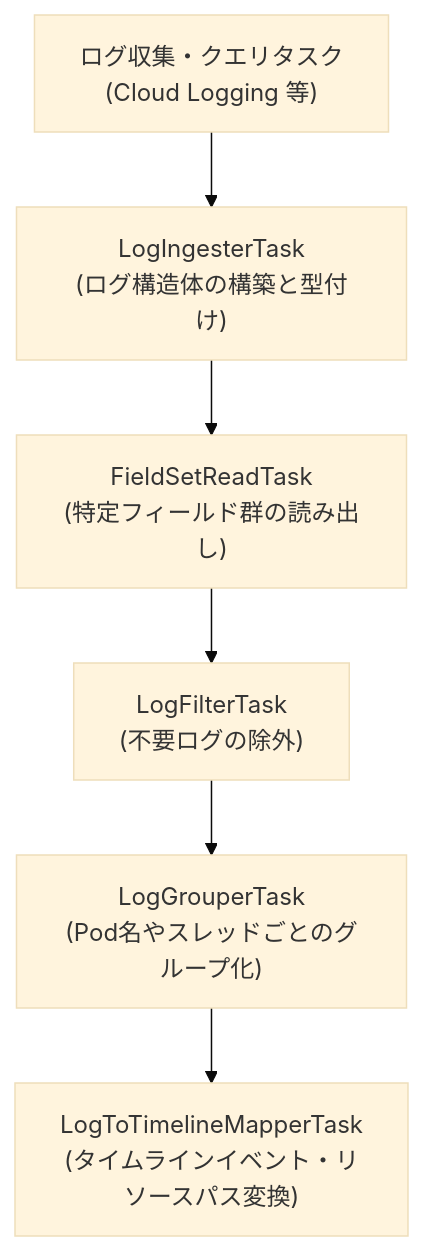
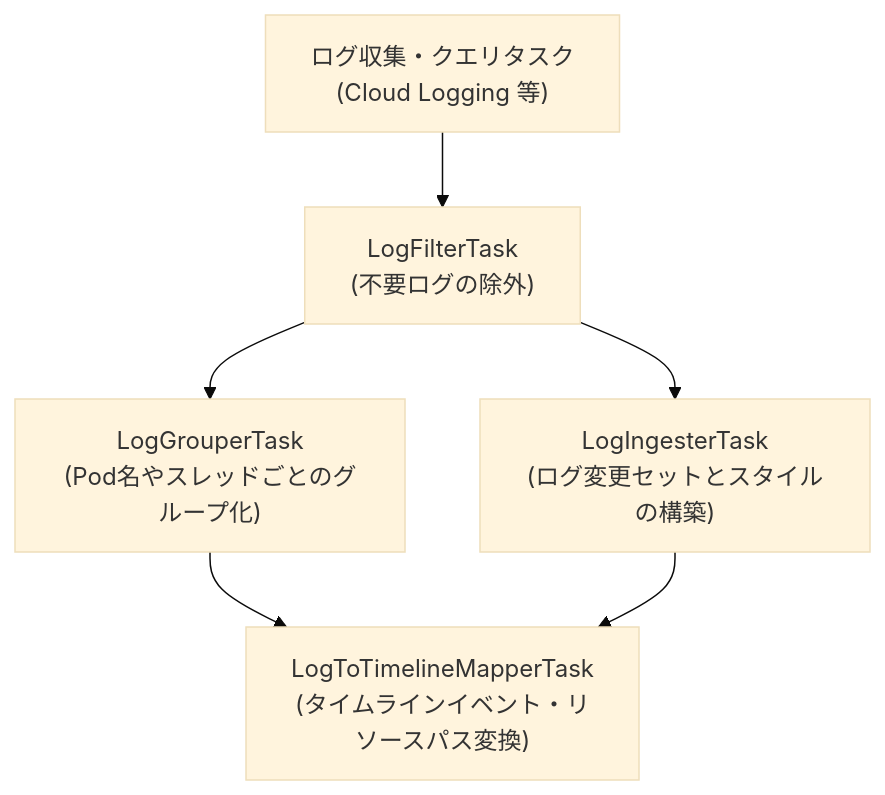
Before and after one commit to GoogleCloudPlatform/khi: the diagram in docs/ja/task-system/02-log-processing-cookbook.md, drawn with Mermaid (base theme). The commit also changed other lines of this file and 200 other files, not shown here.

````diff
--- a/docs/ja/task-system/02-log-processing-cookbook.md
+++ b/docs/ja/task-system/02-log-processing-cookbook.md
@@ -24,15 +23,14 @@
 ```mermaid
 flowchart TD
     Fetch["ログ収集・クエリタスク<br>(Cloud Logging 等)"]
-    Ingester["LogIngesterTask<br>(ログ構造体の構築と型付け)"]
-    FieldSet["FieldSetReadTask<br>(特定フィールド群の読み出し)"]
     Filter["LogFilterTask<br>(不要ログの除外)"]
     Grouper["LogGrouperTask<br>(Pod名やスレッドごとのグループ化)"]
+    Ingester["LogIngesterTask<br>(ログ変更セットとスタイルの構築)"]
     Mapper["LogToTimelineMapperTask<br>(タイムラインイベント・リソースパス変換)"]
 
-    Fetch --> Ingester
-    Ingester --> FieldSet
-    FieldSet --> Filter
+    Fetch --> Filter
     Filter --> Grouper
+    Filter --> Ingester
     Grouper --> Mapper
+    Ingester --> Mapper
 ```
````
